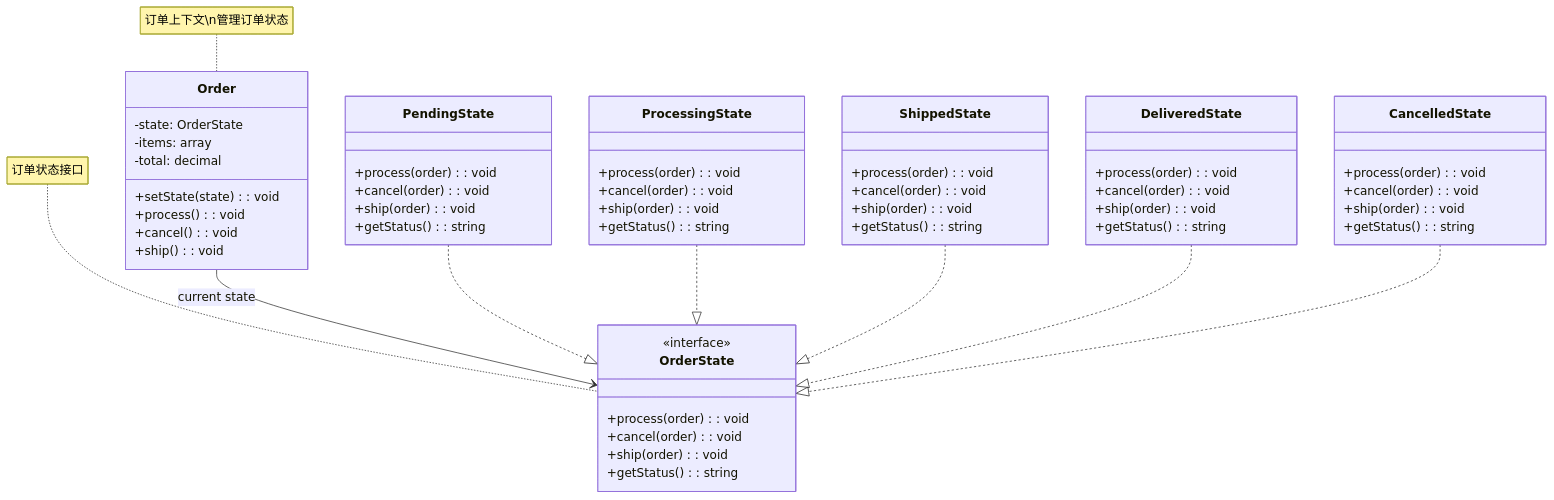
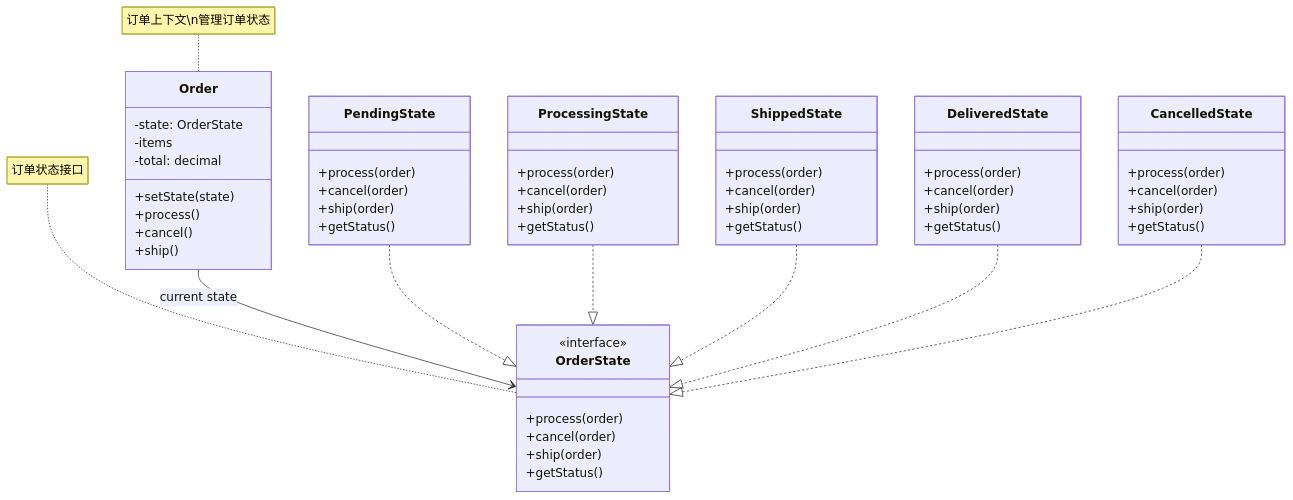
Before and after one commit to fanly/DesignPattern: the fourth of 5 diagrams in resources/design-patterns/laravel/behavioral/state_zh.md, drawn with Mermaid. The commit also changed other lines of this file and 103 other files, not shown here.

````diff
--- a/resources/design-patterns/laravel/behavioral/state_zh.md
+++ b/resources/design-patterns/laravel/behavioral/state_zh.md
@@ -127,65 +127,65 @@
 ```mermaid
 classDiagram
     class Order {
         -state: OrderState
-        -items: array
+        -items
         -total: decimal
-        +setState(state): void
-        +process(): void
-        +cancel(): void
-        +ship(): void
+        +setState(state)
+        +process()
+        +cancel()
+        +ship()
     }
     
     class OrderState {
         <<interface>>
-        +process(order): void
-        +cancel(order): void
-        +ship(order): void
-        +getStatus(): string
+        +process(order)
+        +cancel(order)
+        +ship(order)
+        +getStatus()
     }
     
     class PendingState {
-        +process(order): void
-        +cancel(order): void
-        +ship(order): void
-        +getStatus(): string
+        +process(order)
+        +cancel(order)
+        +ship(order)
+        +getStatus()
     }
     
     class ProcessingState {
-        +process(order): void
-        +cancel(order): void
-        +ship(order): void
-        +getStatus(): string
+        +process(order)
+        +cancel(order)
+        +ship(order)
+        +getStatus()
     }
     
     class ShippedState {
-        +process(order): void
-        +cancel(order): void
-        +ship(order): void
-        +getStatus(): string
+        +process(order)
+        +cancel(order)
+        +ship(order)
+        +getStatus()
     }
     
     class DeliveredState {
-        +process(order): void
-        +cancel(order): void
-        +ship(order): void
-        +getStatus(): string
+        +process(order)
+        +cancel(order)
+        +ship(order)
+        +getStatus()
     }
     
     class CancelledState {
-        +process(order): void
-        +cancel(order): void
-        +ship(order): void
-        +getStatus(): string
+        +process(order)
+        +cancel(order)
+        +ship(order)
+        +getStatus()
     }
     
     Order --> OrderState : current state
     PendingState ..|> OrderState
     ProcessingState ..|> OrderState
     ShippedState ..|> OrderState
     DeliveredState ..|> OrderState
     CancelledState ..|> OrderState
     
     note for Order "订单上下文\n管理订单状态"
     note for OrderState "订单状态接口"
 ```
````
